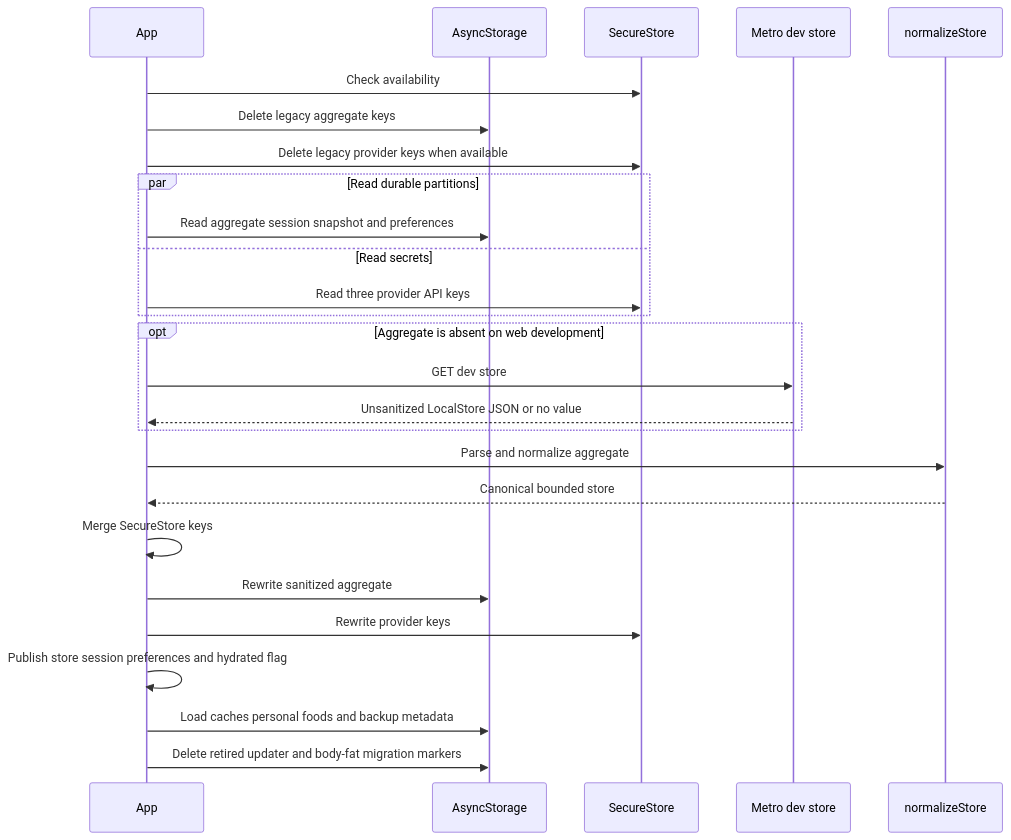
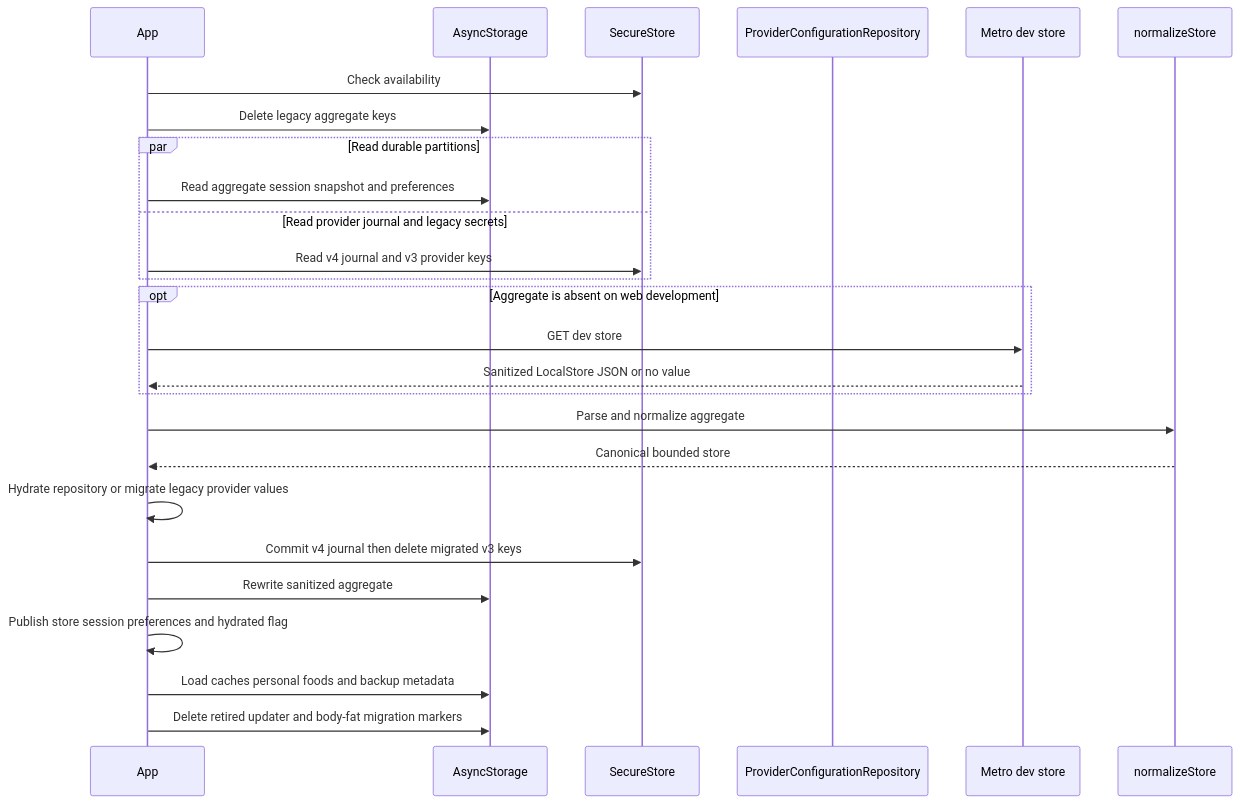
Before and after one commit to maximofn/gymnasia: the first of 3 diagrams in openwiki/mobile/local-state-and-backup.md, drawn with Mermaid. The commit also changed other lines of this file and 15 other files, not shown here.

````diff
--- a/openwiki/mobile/local-state-and-backup.md
+++ b/openwiki/mobile/local-state-and-backup.md
@@ -94,28 +99,28 @@
 ```mermaid
 sequenceDiagram
     participant App
     participant AS as AsyncStorage
     participant SS as SecureStore
+    participant Repo as ProviderConfigurationRepository
     participant Dev as Metro dev store
     participant Norm as normalizeStore
     App->>SS: Check availability
     App->>AS: Delete legacy aggregate keys
-    App->>SS: Delete legacy provider keys when available
     par Read durable partitions
         App->>AS: Read aggregate session snapshot and preferences
-    and Read secrets
-        App->>SS: Read three provider API keys
+    and Read provider journal and legacy secrets
+        App->>SS: Read v4 journal and v3 provider keys
     end
     opt Aggregate is absent on web development
         App->>Dev: GET dev store
-        Dev-->>App: Unsanitized LocalStore JSON or no value
+        Dev-->>App: Sanitized LocalStore JSON or no value
     end
     App->>Norm: Parse and normalize aggregate
     Norm-->>App: Canonical bounded store
-    App->>App: Merge SecureStore keys
+    App->>App: Hydrate repository or migrate legacy provider values
+    App->>SS: Commit v4 journal then delete migrated v3 keys
     App->>AS: Rewrite sanitized aggregate
-    App->>SS: Rewrite provider keys
     App->>App: Publish store session preferences and hydrated flag
     App->>AS: Load caches personal foods and backup metadata
     App->>AS: Delete retired updater and body-fat migration markers
 ```
````
